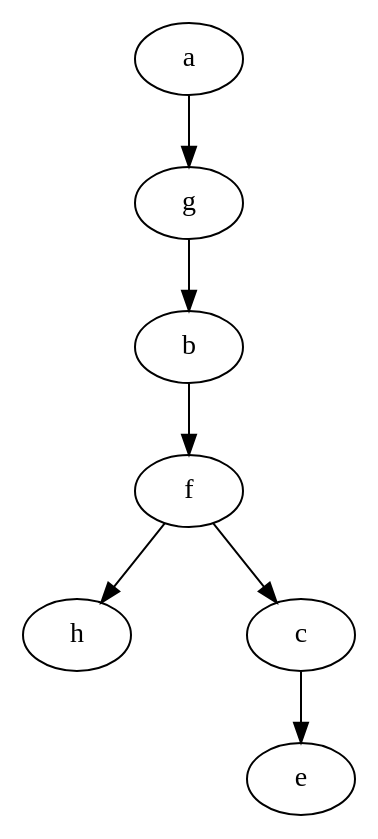
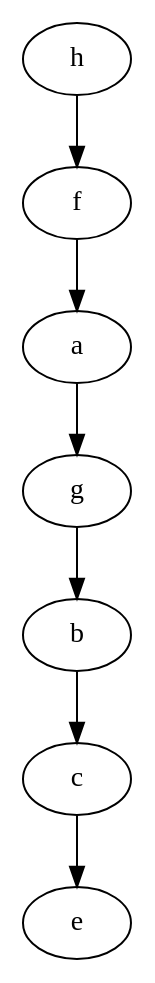
Before and after one commit to oscarc99/EDD_DIC_2019_PY2_201709140-: the diagram in build/classes/Imagenes/Profundidad.dot, drawn with Graphviz. The commit also changed 183 other files, not shown here.

```diff
--- a/build/classes/Imagenes/Profundidad.dot
+++ b/build/classes/Imagenes/Profundidad.dot
@@ -1,11 +1,11 @@
 digraph G { 
  nodesep=0.8;
 ranksep=0.5;
+h -> f 
+f -> a 
 a -> g 
 g -> b 
-b -> f 
-f -> h 
-f -> c 
+b -> c 
 c -> e 
 
 } 
```
